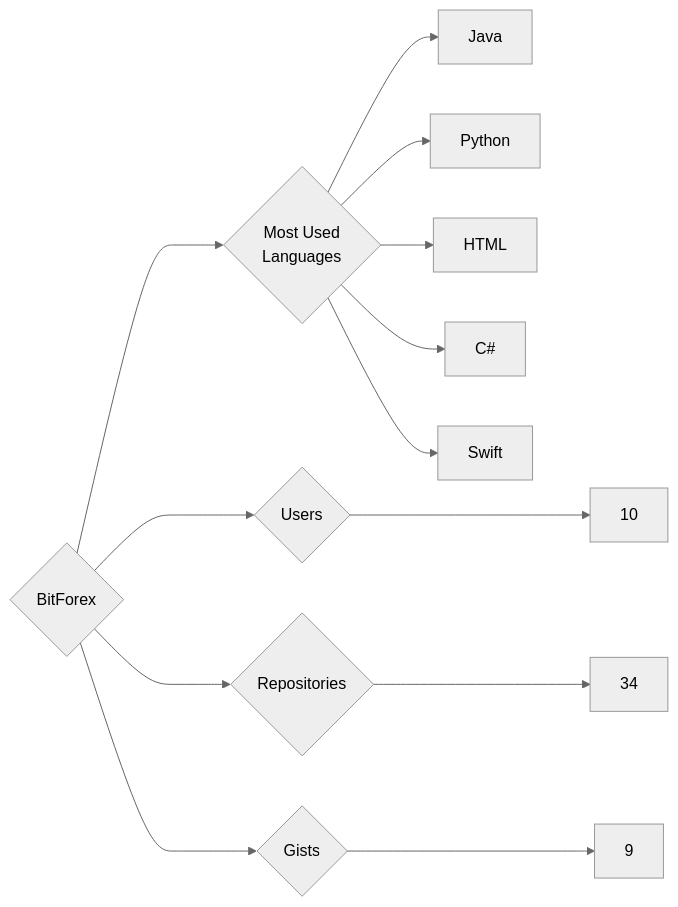
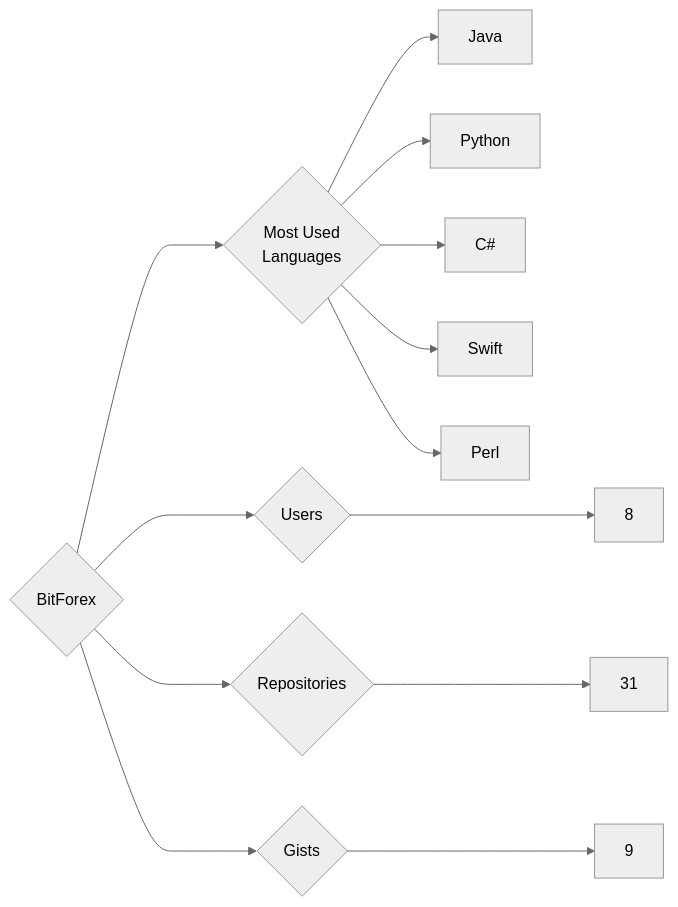
One commit to trickest/insiders changed the diagram in targets/BitForex/README.md. Above: the diagram before and after it, drawn with Mermaid (neutral theme). The commit also changed 1141 other files, not shown here.

````diff
--- a/targets/BitForex/README.md
+++ b/targets/BitForex/README.md
@@ -3,13 +3,13 @@
 ```mermaid
 graph LR
 COMPANY_NAME{BitForex}
-COMPANY_NAME ---> U{Users} ---> UN[10]
-COMPANY_NAME ---> R{Repositories} ---> RN[34]
+COMPANY_NAME ---> U{Users} ---> UN[8]
+COMPANY_NAME ---> R{Repositories} ---> RN[31]
 COMPANY_NAME ---> G{Gists} ---> GN[9]
 COMPANY_NAME ---> ML{Most Used<br>Languages}
 ML --> Java[Java]
 ML --> Python[Python]
-ML --> HTML[HTML]
 ML --> C#[C#]
 ML --> Swift[Swift]
+ML --> Perl[Perl]
 ```
````
